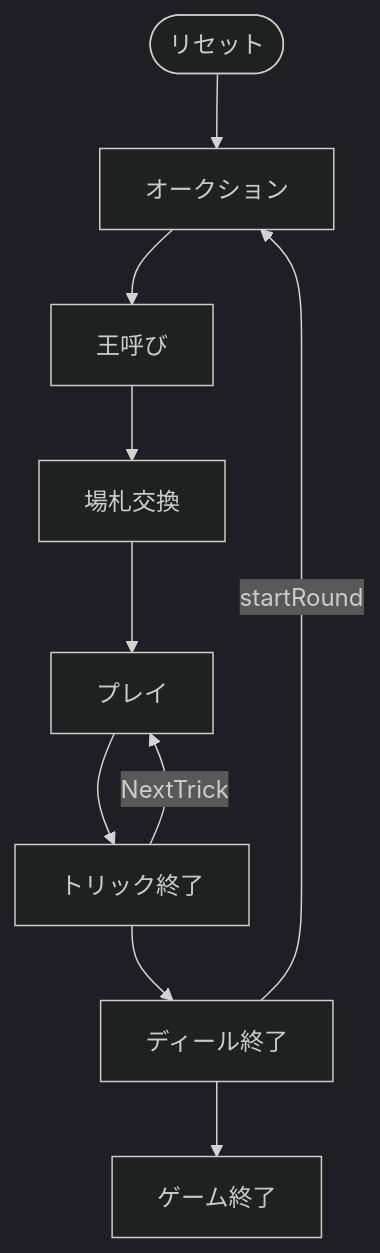
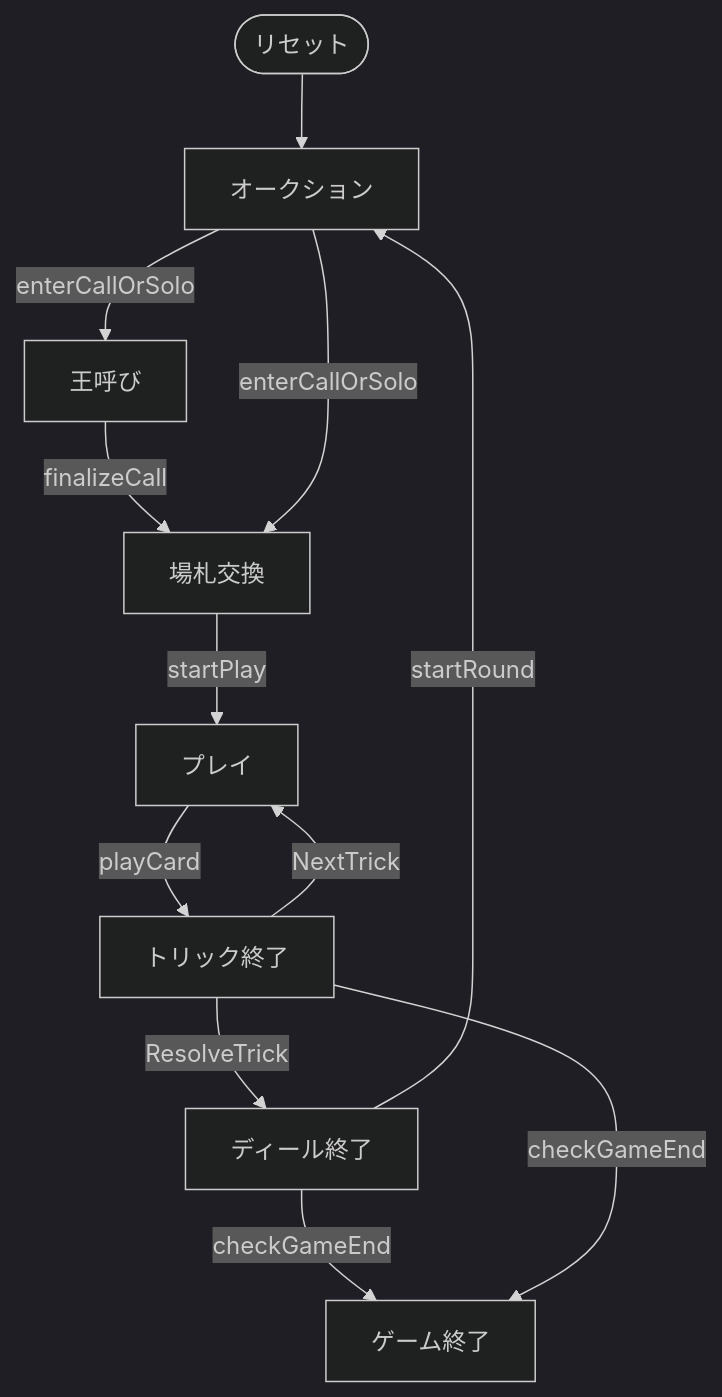
Before and after one commit to yuta-yoshinaga/go_trumpcards: the diagram in docs/manual/cui/koenigrufen.md, drawn with Mermaid (dark theme). The commit also changed 53 other files, not shown here.

````diff
--- a/docs/manual/cui/koenigrufen.md
+++ b/docs/manual/cui/koenigrufen.md
@@ -53,12 +53,21 @@
 ```mermaid
 flowchart TD
     S(["リセット"]) --> P0
-    P0["オークション"] --> P1["王呼び"]
-    P1["王呼び"] --> P2["場札交換"]
-    P2["場札交換"] --> P3["プレイ"]
-    P3["プレイ"] --> P4["トリック終了"]
-    P4["トリック終了"] --> P5["ディール終了"]
-    P5["ディール終了"] --> P6["ゲーム終了"]
+    P0["オークション"]
+    P1["王呼び"]
+    P2["場札交換"]
+    P3["プレイ"]
+    P4["トリック終了"]
+    P5["ディール終了"]
+    P6["ゲーム終了"]
+    P5 -->|startRound| P0
+    P1 -->|finalizeCall| P2
+    P2 -->|startPlay| P3
+    P3 -->|playCard| P4
+    P4 -->|ResolveTrick| P5
     P4 -->|NextTrick| P3
-    P5 -->|startRound| P0
+    P5 -->|checkGameEnd| P6
+    P4 -->|checkGameEnd| P6
+    P0 -->|enterCallOrSolo| P1
+    P0 -->|enterCallOrSolo| P2
 ```
````
